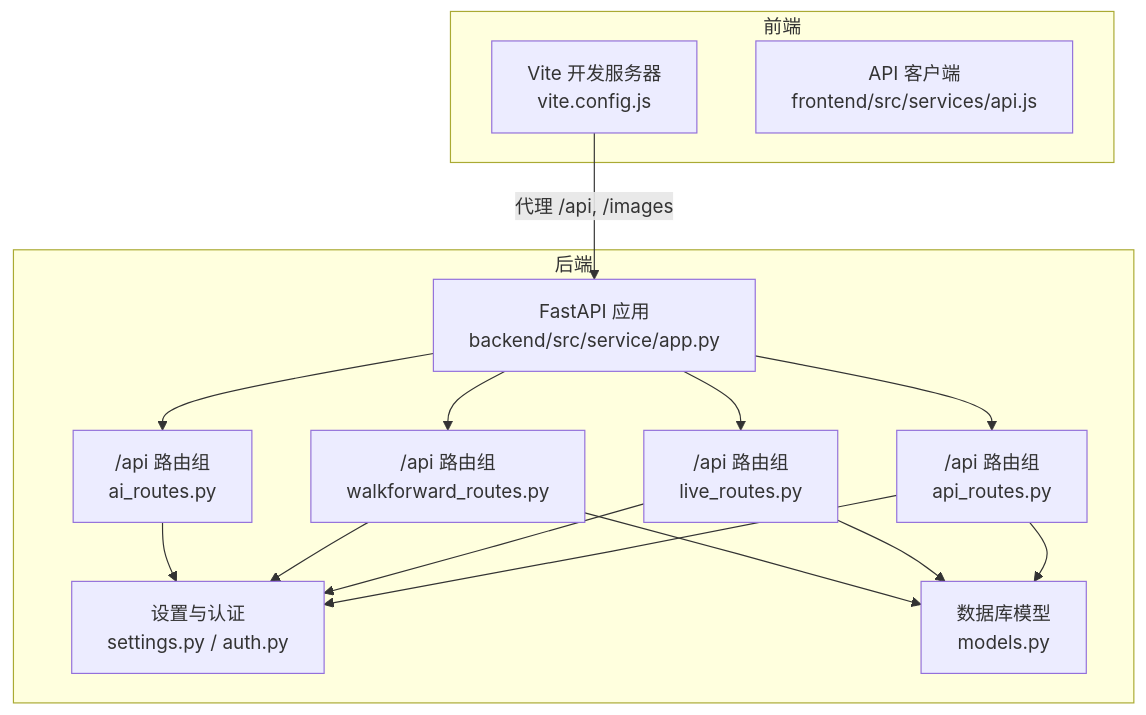
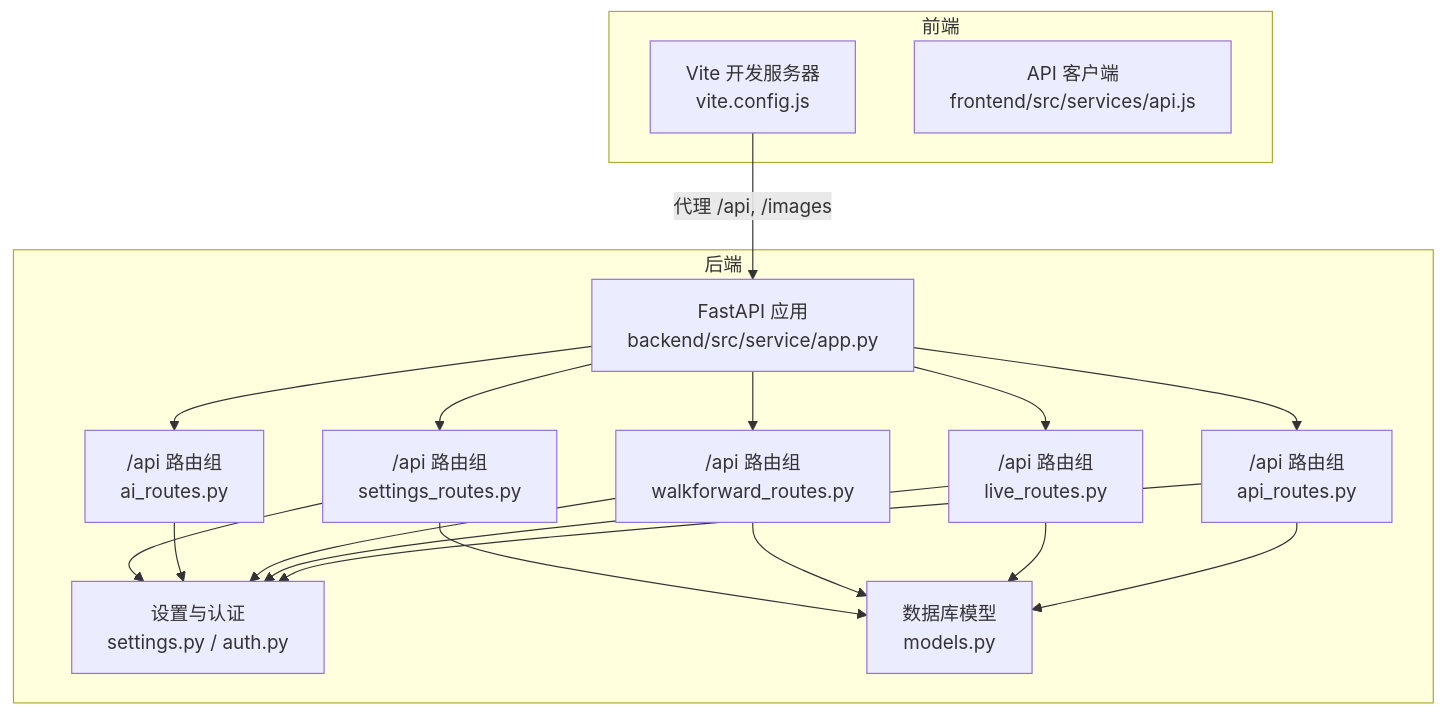
Before and after one commit to faryhuo/backtrader: the first of 3 diagrams in .qoder/repowiki/zh/content/后端架构/API端点.md, drawn with Mermaid. The commit also changed other lines of this file and 17 other files, not shown here.

````diff
--- a/.qoder/repowiki/zh/content/后端架构/API端点.md
+++ b/.qoder/repowiki/zh/content/后端架构/API端点.md
@@ -43,28 +54,32 @@
 ```mermaid
 graph TB
 subgraph "后端"
 A["FastAPI 应用<br/>backend/src/service/app.py"]
 R1["/api 路由组<br/>api_routes.py"]
 R2["/api 路由组<br/>live_routes.py"]
 R3["/api 路由组<br/>walkforward_routes.py"]
 R4["/api 路由组<br/>ai_routes.py"]
+R5["/api 路由组<br/>settings_routes.py"]
 S1["设置与认证<br/>settings.py / auth.py"]
 D1["数据库模型<br/>models.py"]
 end
 subgraph "前端"
 F["Vite 开发服务器<br/>vite.config.js"]
 C["API 客户端<br/>frontend/src/services/api.js"]
 end
 F --> |"代理 /api, /images"| A
 A --> R1
 A --> R2
 A --> R3
 A --> R4
+A --> R5
 R1 --> S1
 R2 --> S1
 R3 --> S1
 R4 --> S1
+R5 --> S1
 R1 --> D1
 R2 --> D1
 R3 --> D1
+R5 --> D1
 ```
````
